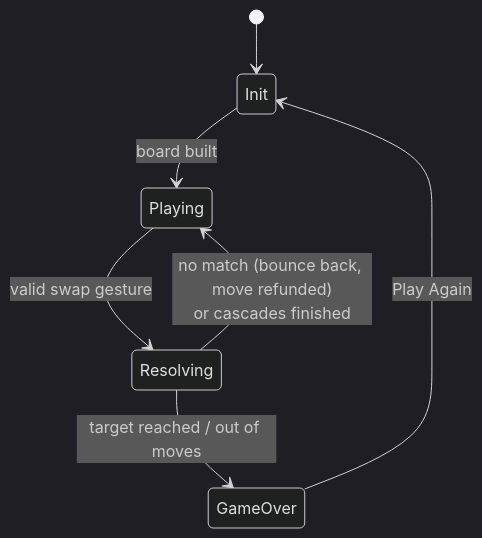
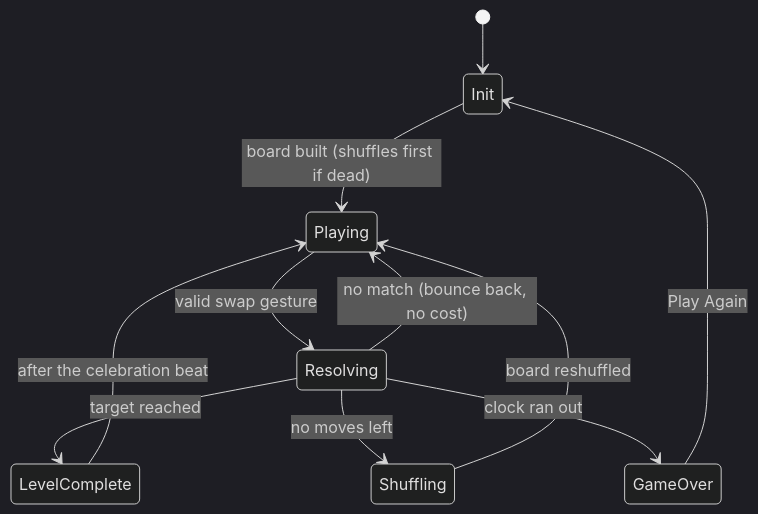
Before and after one commit to thefcan/unity-match3: the second of 2 diagrams in README.md, drawn with Mermaid (dark theme). The commit also changed other lines of this file and 1 other file, not shown here.

First line of the commit message:
docs: rewrite README/SETUP for the time-attack game

````diff
--- a/README.md
+++ b/README.md
@@ -66,9 +83,13 @@
 ```mermaid
 stateDiagram-v2
     [*] --> Init
-    Init --> Playing : board built
+    Init --> Playing : board built (shuffles first if dead)
     Playing --> Resolving : valid swap gesture
-    Resolving --> Playing : no match (bounce back, move refunded)<br/>or cascades finished
-    Resolving --> GameOver : target reached / out of moves
+    Resolving --> Playing : no match (bounce back, no cost)
+    Resolving --> LevelComplete : target reached
+    Resolving --> Shuffling : no moves left
+    Resolving --> GameOver : clock ran out
+    LevelComplete --> Playing : after the celebration beat
+    Shuffling --> Playing : board reshuffled
     GameOver --> Init : Play Again
 ```
````
